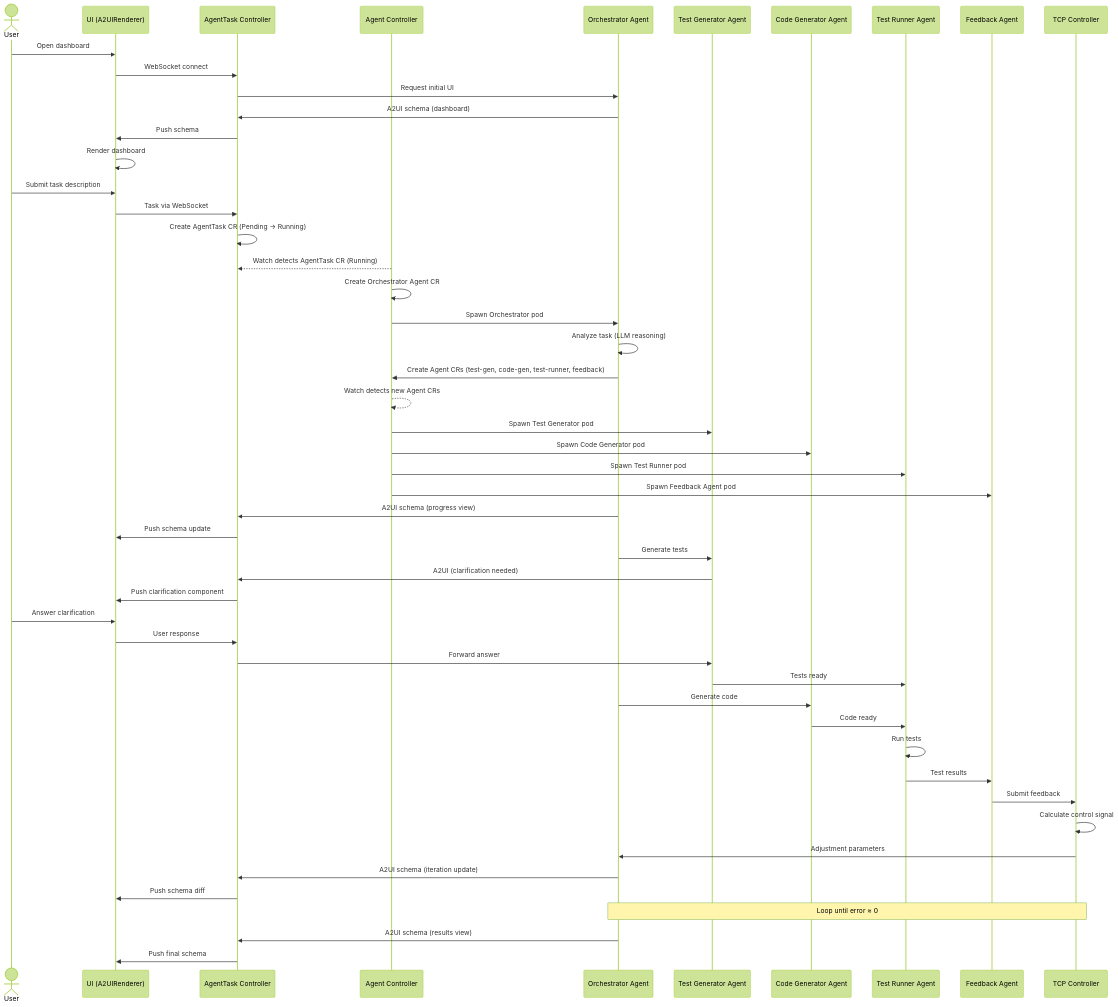
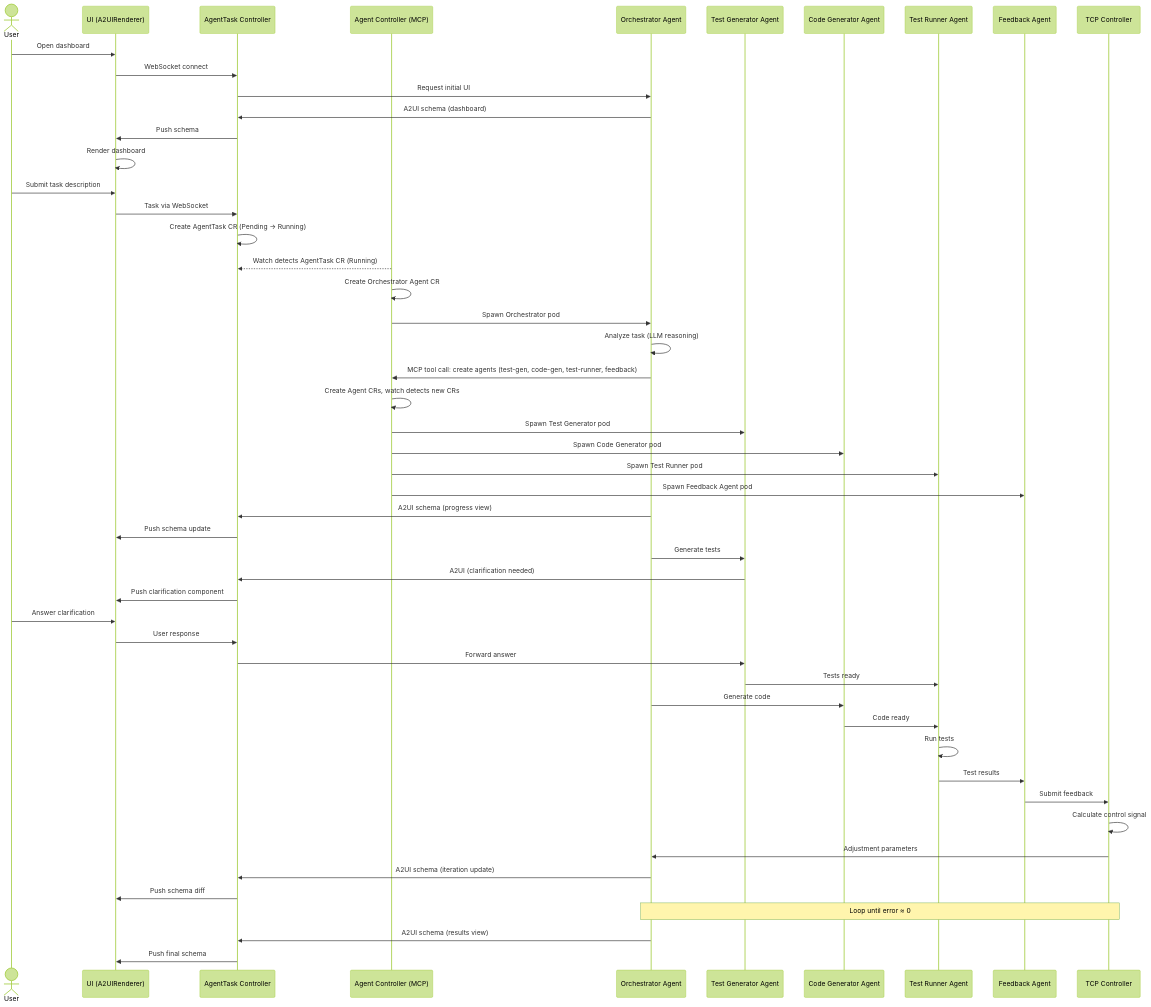
One commit to dshcherbatiuk/forgemaster changed the second of 2 diagrams in docs/arch/02-components.md. Above: the diagram before and after it, drawn with Mermaid (forest theme). The commit also changed other lines of this file and 54 other files, not shown here.

````diff
--- a/docs/arch/02-components.md
+++ b/docs/arch/02-components.md
@@ -311,62 +311,62 @@
 ```mermaid
 sequenceDiagram
     actor U as User
     participant UI as UI (A2UIRenderer)
     participant ATC as AgentTask Controller
-    participant AC as Agent Controller
+    participant AC as Agent Controller (MCP)
     participant OA as Orchestrator Agent
     participant TGA as Test Generator Agent
     participant CGA as Code Generator Agent
     participant TRA as Test Runner Agent
     participant FBA as Feedback Agent
     participant TCP as TCP Controller
 
     U->>UI: Open dashboard
     UI->>ATC: WebSocket connect
     ATC->>OA: Request initial UI
     OA->>ATC: A2UI schema (dashboard)
     ATC->>UI: Push schema
     UI->>UI: Render dashboard
 
     U->>UI: Submit task description
     UI->>ATC: Task via WebSocket
     ATC->>ATC: Create AgentTask CR (Pending → Running)
     AC-->>ATC: Watch detects AgentTask CR (Running)
     AC->>AC: Create Orchestrator Agent CR
     AC->>OA: Spawn Orchestrator pod
 
     OA->>OA: Analyze task (LLM reasoning)
-    OA->>AC: Create Agent CRs (test-gen, code-gen, test-runner, feedback)
-    AC-->>AC: Watch detects new Agent CRs
+    OA->>AC: MCP tool call: create agents (test-gen, code-gen, test-runner, feedback)
+    AC->>AC: Create Agent CRs, watch detects new CRs
     AC->>TGA: Spawn Test Generator pod
     AC->>CGA: Spawn Code Generator pod
     AC->>TRA: Spawn Test Runner pod
     AC->>FBA: Spawn Feedback Agent pod
 
     OA->>ATC: A2UI schema (progress view)
     ATC->>UI: Push schema update
 
     OA->>TGA: Generate tests
     TGA->>ATC: A2UI (clarification needed)
     ATC->>UI: Push clarification component
     U->>UI: Answer clarification
     UI->>ATC: User response
     ATC->>TGA: Forward answer
 
     TGA->>TRA: Tests ready
     OA->>CGA: Generate code
     CGA->>TRA: Code ready
     TRA->>TRA: Run tests
     TRA->>FBA: Test results
     FBA->>TCP: Submit feedback
     TCP->>TCP: Calculate control signal
     TCP->>OA: Adjustment parameters
 
     OA->>ATC: A2UI schema (iteration update)
     ATC->>UI: Push schema diff
 
     Note over OA,TCP: Loop until error ≈ 0
 
     OA->>ATC: A2UI schema (results view)
     ATC->>UI: Push final schema
 ```
````
